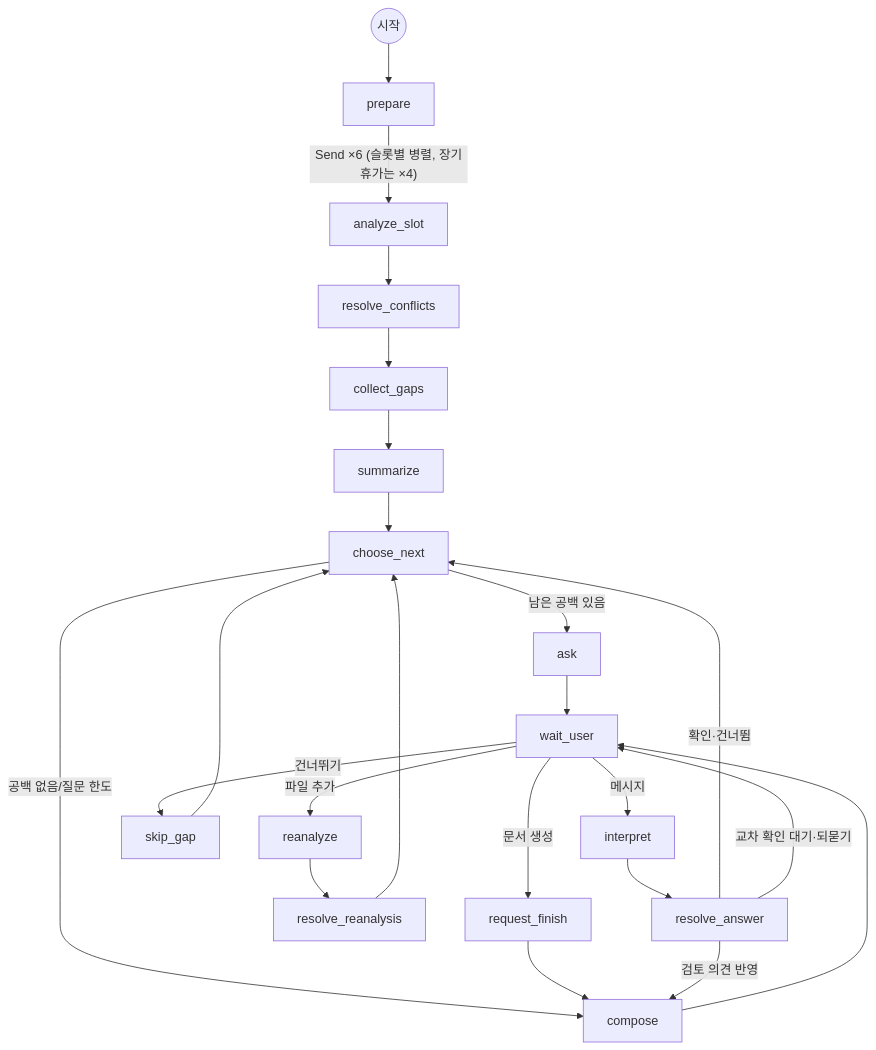
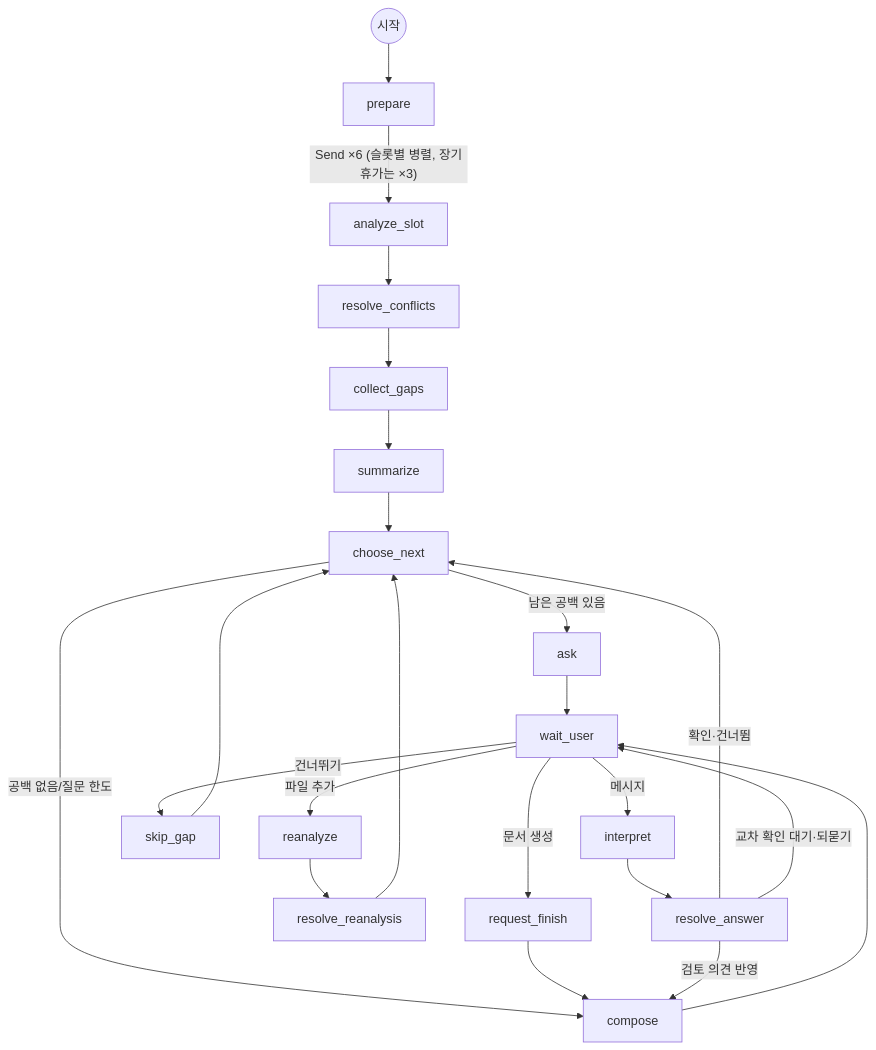
The second of 2 diagrams in README.md (AMIGO-KFTC/AI), drawn with Mermaid before and after one commit. The commit also changed other lines of this file and 51 other files, not shown here.

````diff
--- a/README.md
+++ b/README.md
@@ -422,17 +422,17 @@
 ```mermaid
 graph TD
   START((시작)) --> prepare
-  prepare -- "Send ×6 (슬롯별 병렬, 장기휴가는 ×4)" --> analyze_slot
+  prepare -- "Send ×6 (슬롯별 병렬, 장기휴가는 ×3)" --> analyze_slot
   analyze_slot --> resolve_conflicts --> collect_gaps --> summarize --> choose_next
   choose_next -- 남은 공백 있음 --> ask --> wait_user
   choose_next -- 공백 없음/질문 한도 --> compose
   wait_user -- 메시지 --> interpret --> resolve_answer
   wait_user -- 건너뛰기 --> skip_gap --> choose_next
   wait_user -- 파일 추가 --> reanalyze --> resolve_reanalysis
   wait_user -- 문서 생성 --> request_finish --> compose
   resolve_answer -- 확인·건너뜀 --> choose_next
   resolve_answer -- 교차 확인 대기·되묻기 --> wait_user
   resolve_answer -- 검토 의견 반영 --> compose
   resolve_reanalysis --> choose_next
   compose --> wait_user
 ```
````
